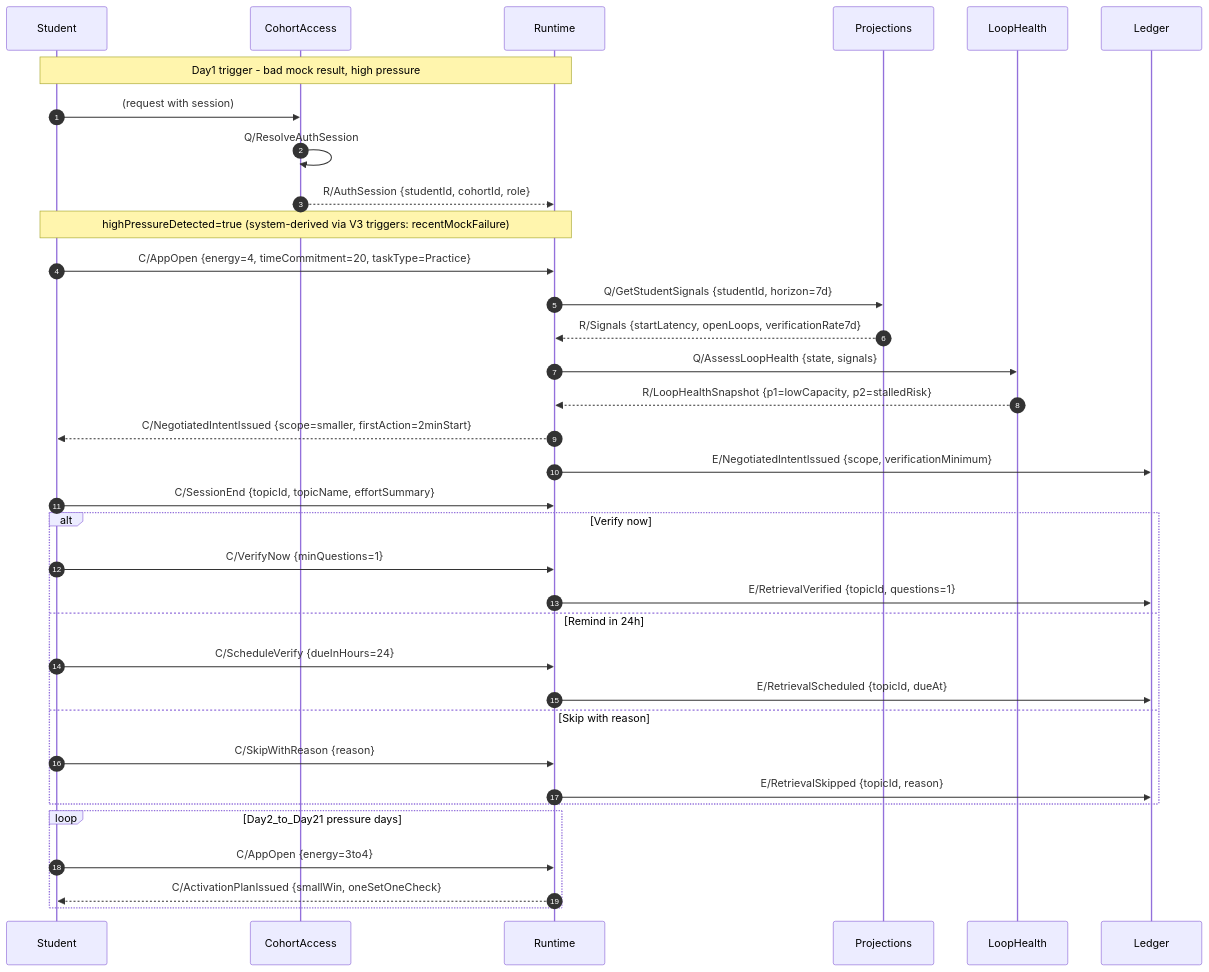
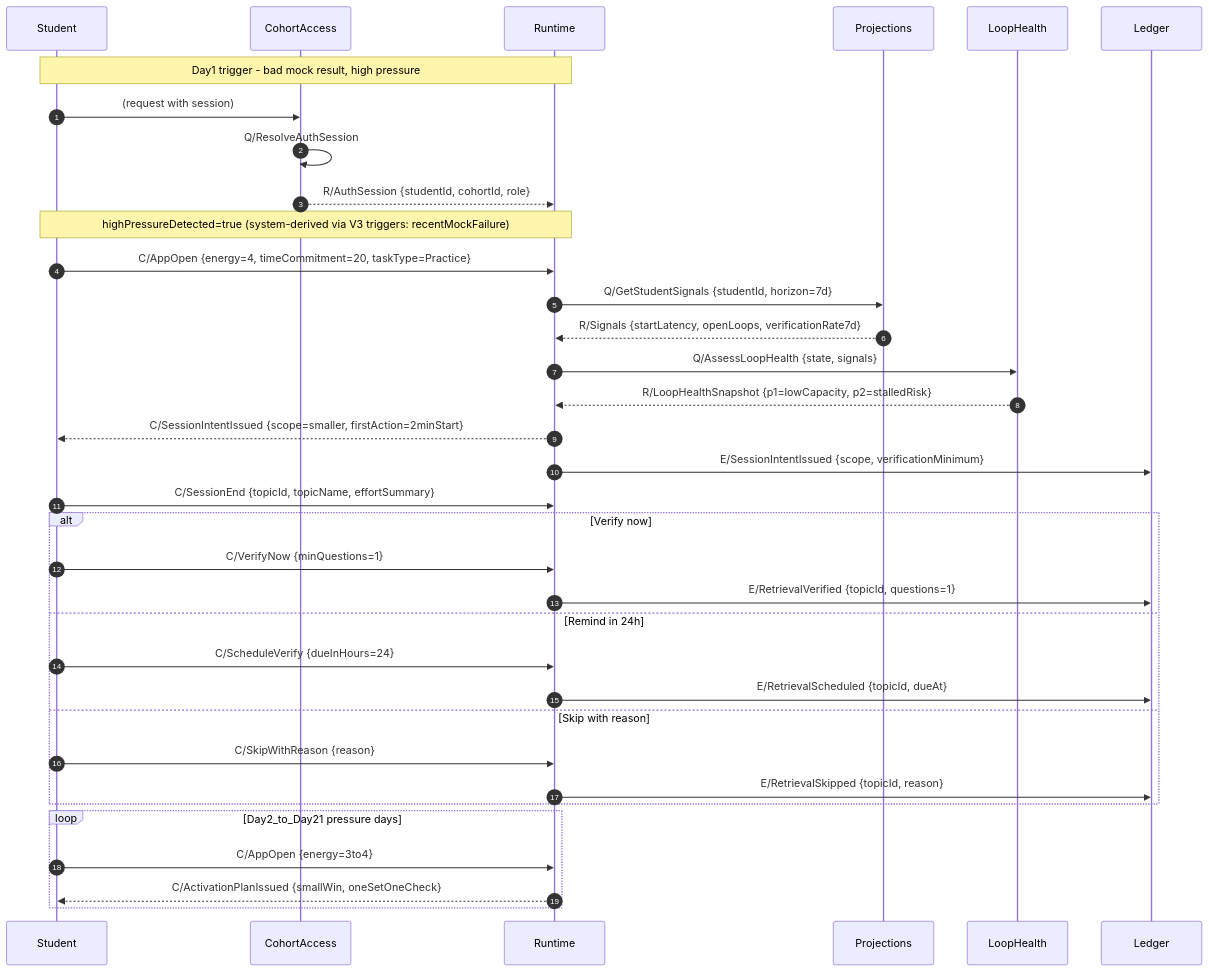
Before and after one commit to Mukul1312/ELI: the second of 4 diagrams in docs/engineering-ddd-design/05-domain-message-flows-storyboards.md, drawn with Mermaid. The commit also changed other lines of this file and 54 other files, not shown here.

````diff
--- a/docs/engineering-ddd-design/05-domain-message-flows-storyboards.md
+++ b/docs/engineering-ddd-design/05-domain-message-flows-storyboards.md
@@ -91,40 +91,40 @@
 ```mermaid
 sequenceDiagram
     autonumber
     participant Student
     participant CohortAccess
     participant Runtime
     participant Projections
     participant LoopHealth
     participant Ledger
 
     Note over Student,Runtime: Day1 trigger - bad mock result, high pressure
     Student->>CohortAccess: (request with session)
     CohortAccess->>CohortAccess: Q/ResolveAuthSession
     CohortAccess-->>Runtime: R/AuthSession {studentId, cohortId, role}
     Note over Student,Runtime: highPressureDetected=true (system-derived via V3 triggers: recentMockFailure)
     Student->>Runtime: C/AppOpen {energy=4, timeCommitment=20, taskType=Practice}
     Runtime->>Projections: Q/GetStudentSignals {studentId, horizon=7d}
     Projections-->>Runtime: R/Signals {startLatency, openLoops, verificationRate7d}
     Runtime->>LoopHealth: Q/AssessLoopHealth {state, signals}
     LoopHealth-->>Runtime: R/LoopHealthSnapshot {p1=lowCapacity, p2=stalledRisk}
-    Runtime-->>Student: C/NegotiatedIntentIssued {scope=smaller, firstAction=2minStart}
-    Runtime->>Ledger: E/NegotiatedIntentIssued {scope, verificationMinimum}
+    Runtime-->>Student: C/SessionIntentIssued {scope=smaller, firstAction=2minStart}
+    Runtime->>Ledger: E/SessionIntentIssued {scope, verificationMinimum}
 
     Student->>Runtime: C/SessionEnd {topicId, topicName, effortSummary}
     alt Verify now
         Student->>Runtime: C/VerifyNow {minQuestions=1}
         Runtime->>Ledger: E/RetrievalVerified {topicId, questions=1}
     else Remind in 24h
         Student->>Runtime: C/ScheduleVerify {dueInHours=24}
         Runtime->>Ledger: E/RetrievalScheduled {topicId, dueAt}
     else Skip with reason
         Student->>Runtime: C/SkipWithReason {reason}
         Runtime->>Ledger: E/RetrievalSkipped {topicId, reason}
     end
 
     loop Day2_to_Day21 pressure days
         Student->>Runtime: C/AppOpen {energy=3to4}
         Runtime-->>Student: C/ActivationPlanIssued {smallWin, oneSetOneCheck}
     end
 ```
````
